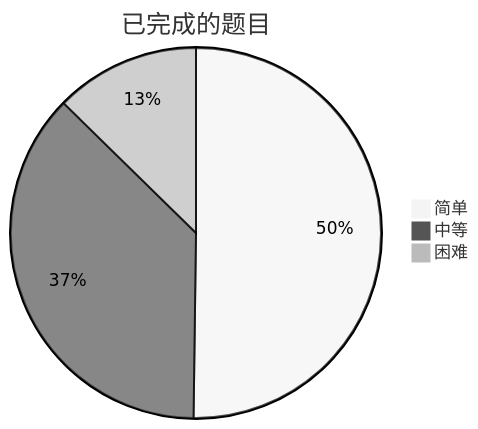
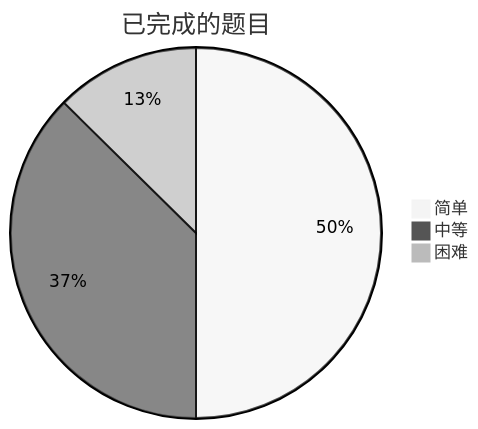
The diagram in README.md (kaisa911/LeetCode), drawn with Mermaid (neutral theme) before and after one commit. The commit also changed other lines of this file and 3 other files, not shown here.

````diff
--- a/README.md
+++ b/README.md
@@ -8,7 +8,7 @@
 ```mermaid
 pie title 已完成的题目
     "简单" : 119
-    "中等" : 88
+    "中等" : 89
     "困难" : 30
 
 ```
````
